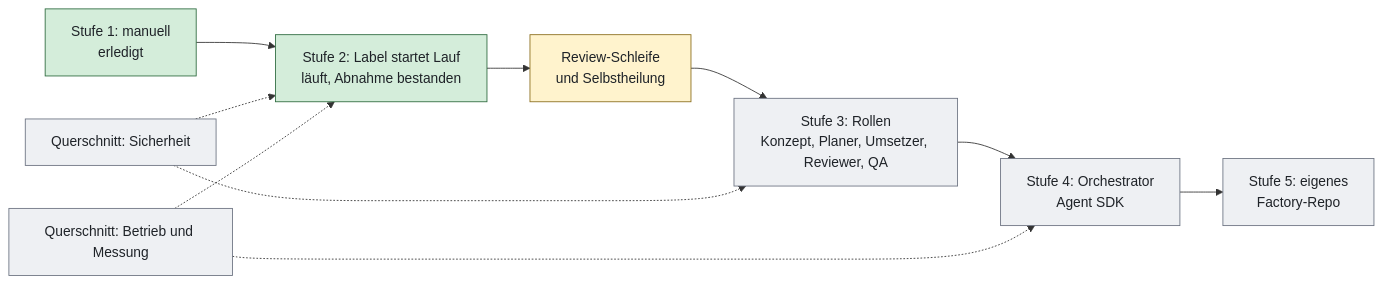
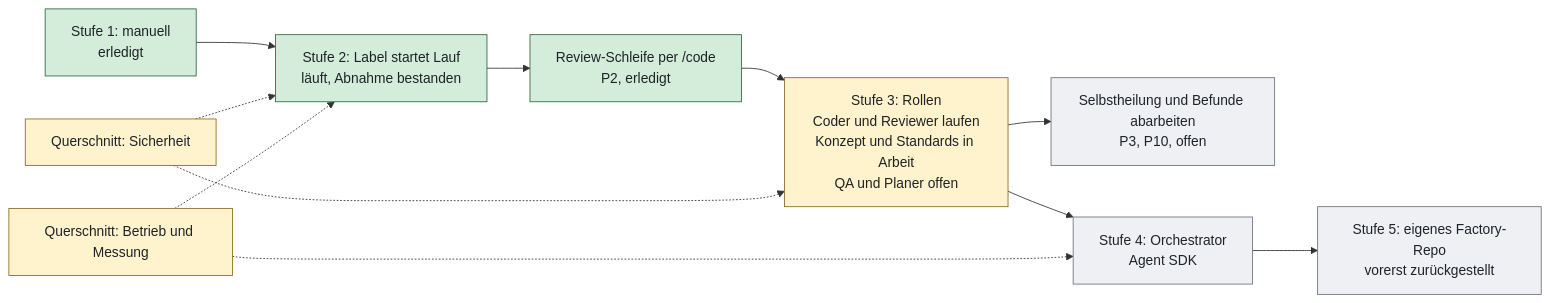
Before and after one commit to juheba/sw-factory-tryout: the diagram in docs/roadmap.md, drawn with Mermaid. The commit also changed other lines of this file and 5 other files, not shown here.

First line of the commit message:
docs: Roadmap-Diagramm und Doku auf den Ist-Stand (B6) (#206)

````diff
--- a/docs/roadmap.md
+++ b/docs/roadmap.md
@@ -18,18 +18,19 @@
 ```mermaid
 flowchart LR
     S1[Stufe 1: manuell<br/>erledigt] --> S2[Stufe 2: Label startet Lauf<br/>läuft, Abnahme bestanden]
-    S2 --> RV[Review-Schleife<br/>und Selbstheilung]
-    RV --> S3[Stufe 3: Rollen<br/>Konzept, Planer, Umsetzer, Reviewer, QA]
+    S2 --> RV1[Review-Schleife per /code<br/>P2, erledigt]
+    RV1 --> S3[Stufe 3: Rollen<br/>Coder und Reviewer laufen<br/>Konzept und Standards in Arbeit<br/>QA und Planer offen]
+    S3 --> RV2[Selbstheilung und Befunde abarbeiten<br/>P3, P10, offen]
     S3 --> S4[Stufe 4: Orchestrator<br/>Agent SDK]
-    S4 --> S5[Stufe 5: eigenes<br/>Factory-Repo]
+    S4 --> S5[Stufe 5: eigenes Factory-Repo<br/>vorerst zurückgestellt]
     SEC[Querschnitt: Sicherheit] -.-> S2
     SEC -.-> S3
     OPS[Querschnitt: Betrieb und Messung] -.-> S2
     OPS -.-> S4
     classDef done fill:#d4edda,stroke:#2d6a3e,color:#1f2328
     classDef active fill:#fff3cd,stroke:#8a6d1c,color:#1f2328
     classDef planned fill:#eef0f3,stroke:#6b7280,color:#1f2328
-    class S1,S2 done
-    class RV active
-    class S3,S4,S5,SEC,OPS planned
+    class S1,S2,RV1 done
+    class S3,SEC,OPS active
+    class RV2,S4,S5 planned
 ```
````
